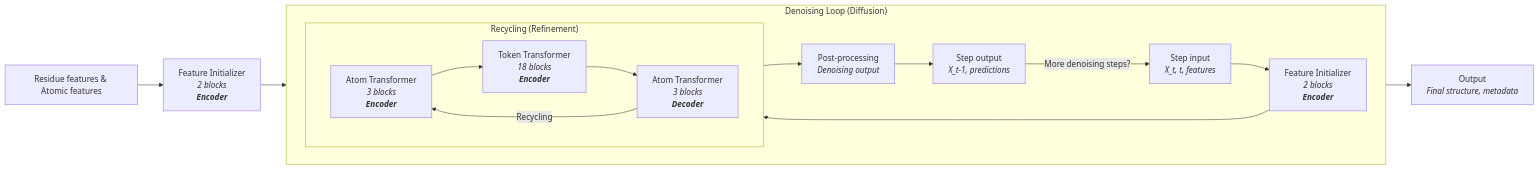
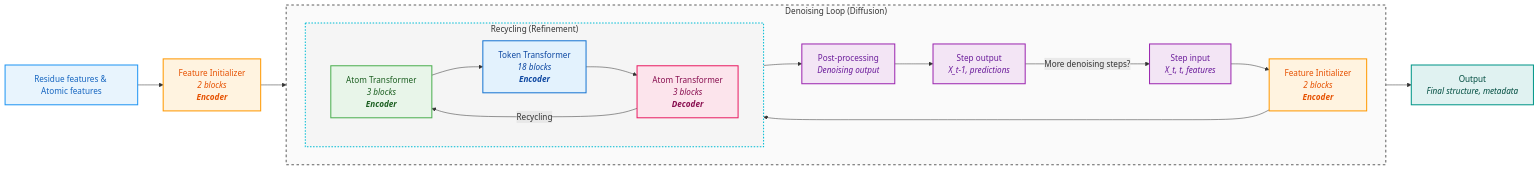
The first of 5 diagrams in models/rfd3/RFD3_architecture_mermaid.md (RTae/foundry), drawn with Mermaid before and after one commit. The commit also changed other lines of this file, not shown here.

Commit message:
refactor: enhance styling for clarity in RFD3 model architecture diagrams

````diff
--- a/models/rfd3/RFD3_architecture_mermaid.md
+++ b/models/rfd3/RFD3_architecture_mermaid.md
@@ -12,23 +12,36 @@
 ```mermaid
 flowchart LR
     IN[Residue features & Atomic features]
     FI[Feature Initializer<br><i>2 blocks<br><b>Encoder</b></i>]
     IN --> FI --> STEPIN[Step input<br><i>X_t, t, features</i>]
     subgraph DenoisingLoop["Denoising Loop (Diffusion)"]
         direction LR
         STEPIN --> TKINIT[Feature Initializer<br><i>2 blocks<br><b>Encoder</b></i>]
         TKINIT --> ATOM1
         subgraph RecycleLoop["Recycling (Refinement)"]
             direction LR
             ATOM1[Atom Transformer<br><i>3 blocks<br><b>Encoder</b></i>]
             TOKEN[Token Transformer<br><i>18 blocks<br><b>Encoder</b></i>]
             ATOM2[Atom Transformer<br><i>3 blocks<br><b>Decoder</b></i>]
             ATOM1 --> TOKEN --> ATOM2
             ATOM2 -- "Recycling" --> ATOM1
         end
         ATOM2 --> OUT1[Post-processing<br><i>Denoising output</i>]
         OUT1 --> OUT2[Step output<br><i>X_t-1, predictions</i>]
         OUT2 -- "More denoising steps?" --> STEPIN
     end
     OUT2 --> FINAL[Output<br><i>Final structure, metadata</i>]
+
+    style IN fill:#e8f4fd,stroke:#2196F3,stroke-width:2px,color:#1565C0
+    style FI fill:#fff3e0,stroke:#FF9800,stroke-width:2px,color:#E65100
+    style STEPIN fill:#f3e5f5,stroke:#9C27B0,stroke-width:2px,color:#6A1B9A
+    style TKINIT fill:#fff3e0,stroke:#FF9800,stroke-width:2px,color:#E65100
+    style ATOM1 fill:#e8f5e9,stroke:#4CAF50,stroke-width:2px,color:#1B5E20
+    style TOKEN fill:#e3f2fd,stroke:#1976D2,stroke-width:2px,color:#0D47A1
+    style ATOM2 fill:#fce4ec,stroke:#E91E63,stroke-width:2px,color:#880E4F
+    style OUT1 fill:#f3e5f5,stroke:#9C27B0,stroke-width:2px,color:#6A1B9A
+    style OUT2 fill:#f3e5f5,stroke:#9C27B0,stroke-width:2px,color:#6A1B9A
+    style FINAL fill:#e0f2f1,stroke:#009688,stroke-width:2px,color:#004D40
+    style DenoisingLoop fill:#fafafa,stroke:#616161,stroke-width:2px,stroke-dasharray:5 5
+    style RecycleLoop fill:#f5f5f5,stroke:#00BCD4,stroke-width:2px,stroke-dasharray:3 3
 ```
````
